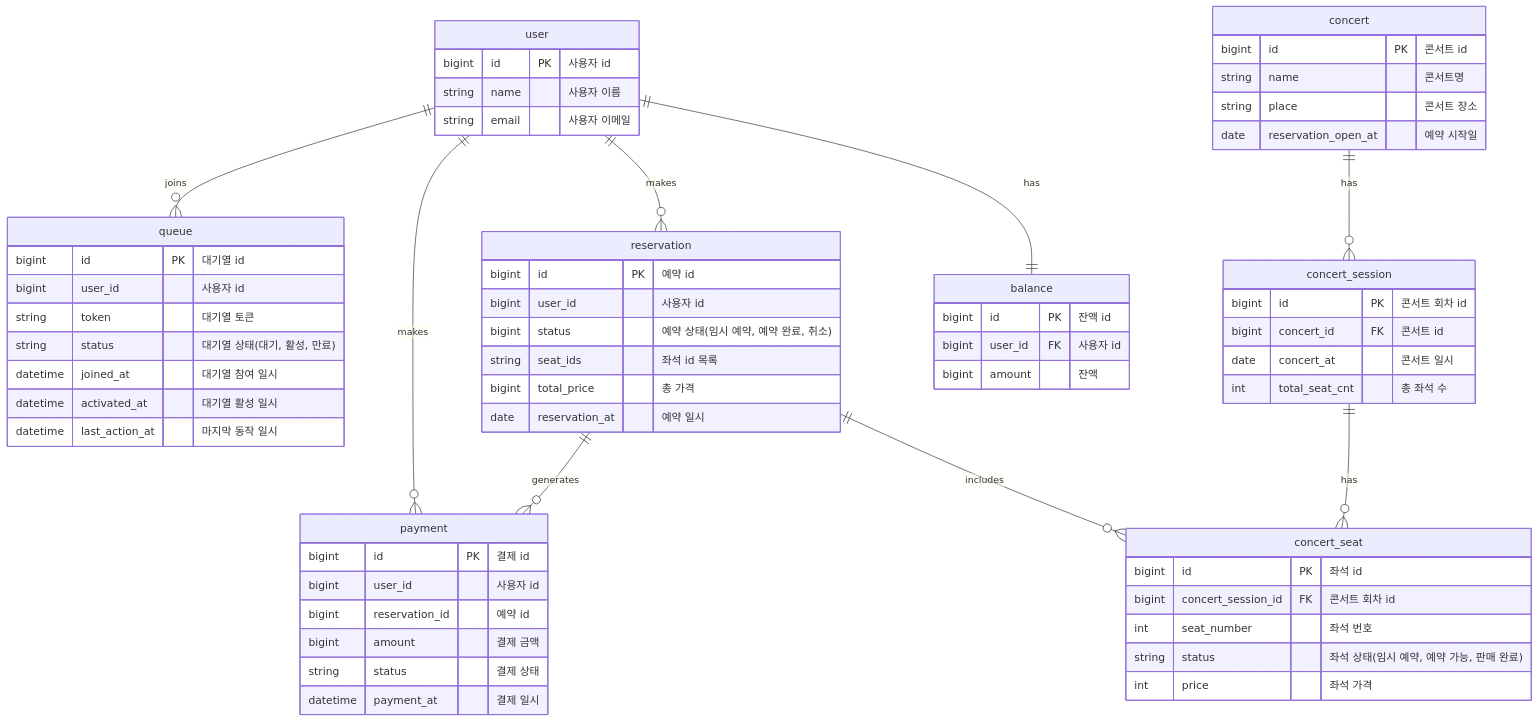
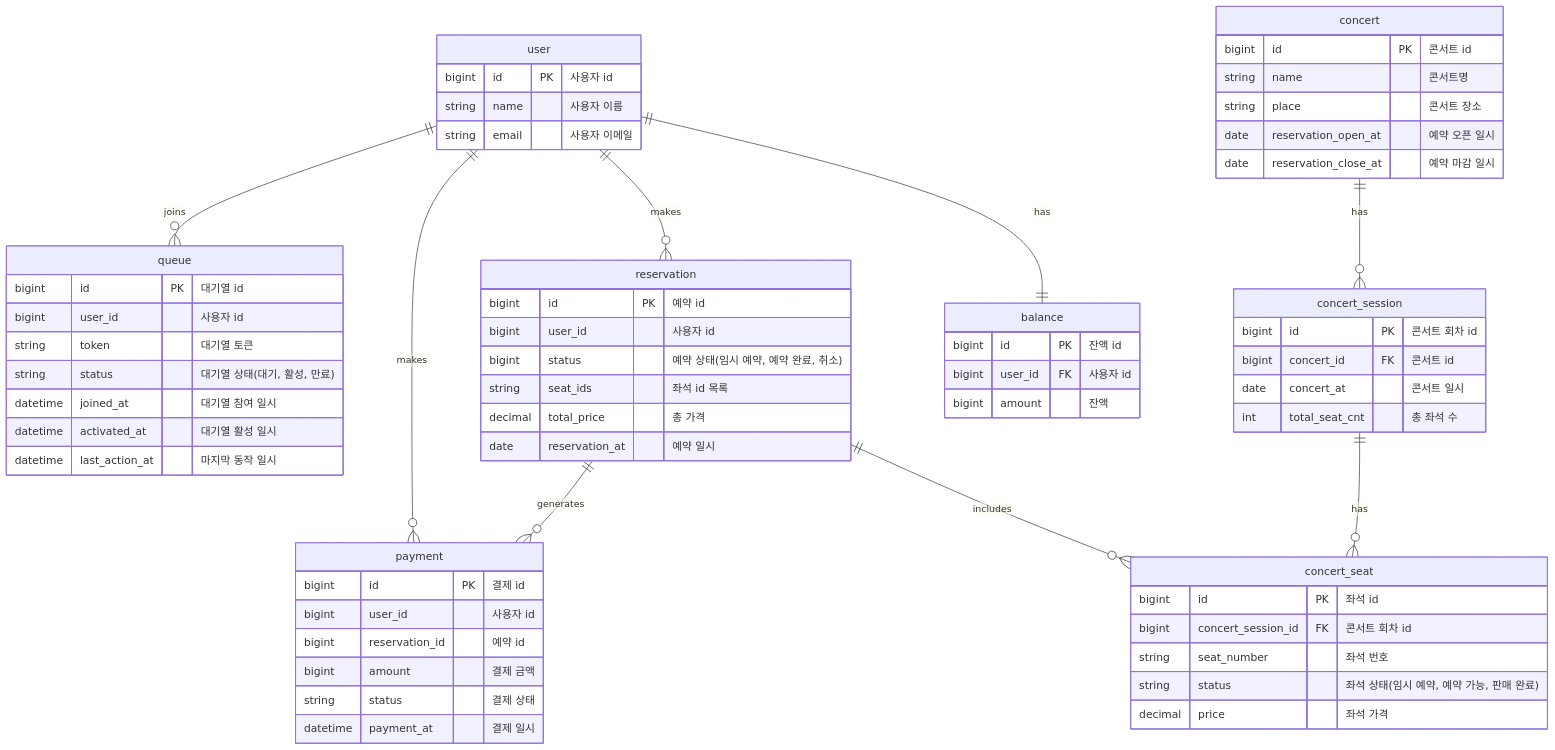
The diagram in docs/ERD.md (rueun/hhplus-concert-reservation), drawn with Mermaid before and after one commit. The commit also changed 1 other file, not shown here.

Commit message:
docs: erd, api 명세 수정

````diff
--- a/docs/ERD.md
+++ b/docs/ERD.md
@@ -1,78 +1,79 @@
 ```mermaid
 erDiagram
     user {
         bigint id PK "사용자 id"
         string name "사용자 이름"
         string email "사용자 이메일"
     }
 
     balance {
         bigint id PK "잔액 id"
         bigint user_id FK "사용자 id"
         bigint amount "잔액"
     }
 
     queue {
         bigint id PK "대기열 id"
         bigint user_id "사용자 id"
         string token "대기열 토큰"
         string status "대기열 상태(대기, 활성, 만료)"
         datetime joined_at "대기열 참여 일시"
         datetime activated_at "대기열 활성 일시"
         datetime last_action_at "마지막 동작 일시 "
     }
 
     concert {
         bigint id PK "콘서트 id"
         string name "콘서트명"
         string place "콘서트 장소"
-        date reservation_open_at "예약 시작일"
+        date reservation_open_at "예약 오픈 일시"
+        date reservation_close_at "예약 마감 일시"
     }
 
     concert_session {
         bigint id PK "콘서트 회차 id"
         bigint concert_id FK "콘서트 id"
         date concert_at "콘서트 일시"
         int total_seat_cnt "총 좌석 수"
     }
 
     concert_seat {
         bigint id PK "좌석 id"
         bigint concert_session_id FK "콘서트 회차 id"
-        int seat_number "좌석 번호"
+        string seat_number "좌석 번호"
         string status "좌석 상태(임시 예약, 예약 가능, 판매 완료)"
-        int price "좌석 가격"
+        decimal price "좌석 가격"
     }
 
     reservation {
         bigint id PK "예약 id"
         bigint user_id "사용자 id"
         bigint status "예약 상태(임시 예약, 예약 완료, 취소)"
         string seat_ids "좌석 id 목록"
-        bigint total_price "총 가격"    
+        decimal total_price "총 가격"    
         date reservation_at "예약 일시"
     }
 
     payment {
         bigint id PK "결제 id"
         bigint user_id "사용자 id"
         bigint reservation_id "예약 id"
         bigint amount "결제 금액"
         string status "결제 상태"
         datetime payment_at "결제 일시"
     }
 
 
 %% 관계 정의
 user ||--|| balance: "has"
 user ||--o{ reservation: "makes"
 user ||--o{ payment: "makes"
 user ||--o{ queue: "joins"
 
 concert ||--o{ concert_session: "has"
 
 concert_session ||--o{ concert_seat: "has"
 
 reservation ||--o{ concert_seat: "includes"
 reservation ||--o{ payment: "generates"
 ```
````
